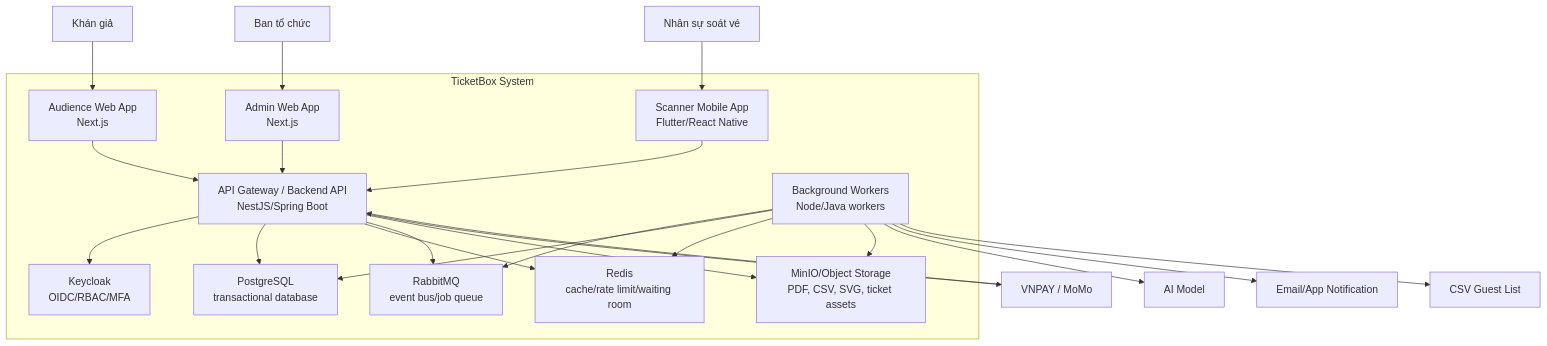
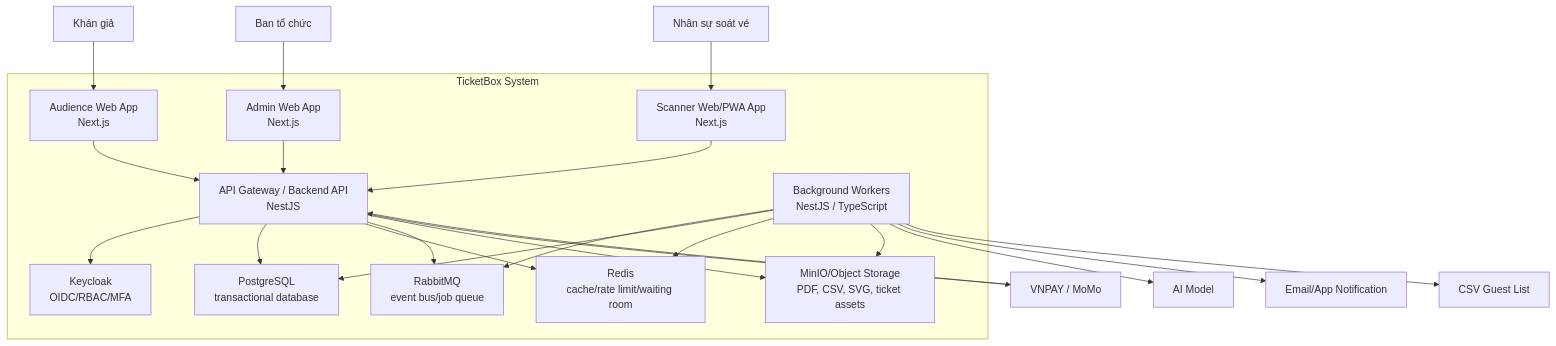
One commit to Toanapr/ticket-box changed the second of 2 diagrams in docs/blueprint/02-c4-diagrams.md. Above: the diagram before and after it, drawn with Mermaid. The commit also changed other lines of this file and 6 other files, not shown here.

Commit message:
docs: update system design and architecture documentation to reflect Scanner Web/PWA App changes

````diff
--- a/docs/blueprint/02-c4-diagrams.md
+++ b/docs/blueprint/02-c4-diagrams.md
@@ -38,49 +38,49 @@
 ```mermaid
 flowchart TD
     Audience["Khán giả"]
     Organizer["Ban tổ chức"]
     ScannerStaff["Nhân sự soát vé"]
 
     subgraph TicketBox["TicketBox System"]
         AudienceWeb["Audience Web App<br/>Next.js"]
         AdminWeb["Admin Web App<br/>Next.js"]
-        ScannerApp["Scanner Mobile App<br/>Flutter/React Native"]
-        Gateway["API Gateway / Backend API<br/>NestJS/Spring Boot"]
-        Workers["Background Workers<br/>Node/Java workers"]
+        ScannerApp["Scanner Web/PWA App<br/>Next.js"]
+        Gateway["API Gateway / Backend API<br/>NestJS"]
+        Workers["Background Workers<br/>NestJS / TypeScript"]
         Postgres["PostgreSQL<br/>transactional database"]
         Redis["Redis<br/>cache/rate limit/waiting room"]
         RabbitMQ["RabbitMQ<br/>event bus/job queue"]
         ObjectStorage["MinIO/Object Storage<br/>PDF, CSV, SVG, ticket assets"]
         Keycloak["Keycloak<br/>OIDC/RBAC/MFA"]
     end
 
     Payment["VNPAY / MoMo"]
     AI["AI Model"]
     Email["Email/App Notification"]
     CSVSource["CSV Guest List"]
 
     Audience --> AudienceWeb
     Organizer --> AdminWeb
     ScannerStaff --> ScannerApp
 
     AudienceWeb --> Gateway
     AdminWeb --> Gateway
     ScannerApp --> Gateway
 
     Gateway --> Keycloak
     Gateway --> Postgres
     Gateway --> Redis
     Gateway --> RabbitMQ
     Gateway --> ObjectStorage
 
     Workers --> RabbitMQ
     Workers --> Postgres
     Workers --> Redis
     Workers --> ObjectStorage
 
     Gateway --> Payment
     Payment --> Gateway
     Workers --> AI
     Workers --> Email
     Workers --> CSVSource
 ```
````
